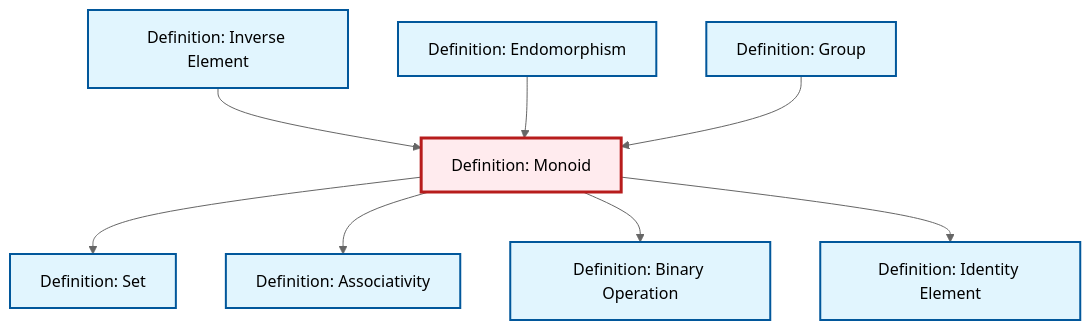
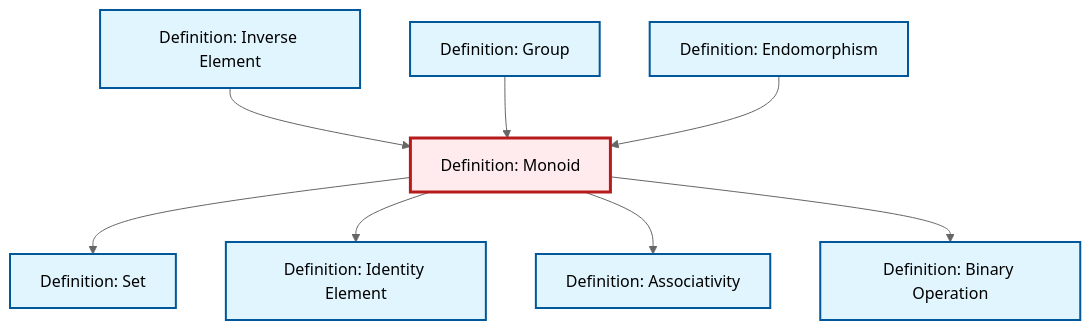
The diagram in content/en/algebra/def-monoid.qmd (RK0429/ModernMath), drawn with Mermaid (neutral theme) before and after one commit. The commit also changed other lines of this file and 1069 other files, not shown here.

````diff
--- a/content/en/algebra/def-monoid.qmd
+++ b/content/en/algebra/def-monoid.qmd
@@ -81,32 +81,32 @@
 ```{mermaid}
 %%| fig-cap: "Local dependency graph"
 graph TD
     classDef definition fill:#e1f5fe,stroke:#01579b,stroke-width:2px
     classDef theorem fill:#f3e5f5,stroke:#4a148c,stroke-width:2px
     classDef axiom fill:#fff3e0,stroke:#e65100,stroke-width:2px
     classDef example fill:#e8f5e9,stroke:#1b5e20,stroke-width:2px
     classDef current fill:#ffebee,stroke:#b71c1c,stroke-width:3px
+    def-associativity["Definition: Associativity"]:::definition
     def-set["Definition: Set"]:::definition
+    def-endomorphism["Definition: Endomorphism"]:::definition
+    def-binary-operation["Definition: Binary Operation"]:::definition
+    def-inverse-element["Definition: Inverse Element"]:::definition
+    def-identity-element["Definition: Identity Element"]:::definition
     def-monoid["Definition: Monoid"]:::definition
-    def-inverse-element["Definition: Inverse Element"]:::definition
     def-group["Definition: Group"]:::definition
-    def-binary-operation["Definition: Binary Operation"]:::definition
-    def-identity-element["Definition: Identity Element"]:::definition
-    def-endomorphism["Definition: Endomorphism"]:::definition
-    def-associativity["Definition: Associativity"]:::definition
+    def-monoid --> def-set
     def-inverse-element --> def-monoid
-    def-monoid --> def-set
+    def-group --> def-monoid
+    def-endomorphism --> def-monoid
+    def-monoid --> def-identity-element
     def-monoid --> def-associativity
-    def-endomorphism --> def-monoid
     def-monoid --> def-binary-operation
-    def-monoid --> def-identity-element
-    def-group --> def-monoid
     class def-monoid current
+    click def-associativity "def-associativity.html" "Go to Associativity definition"
     click def-set "def-set.html" "Go to Set definition"
+    click def-endomorphism "def-endomorphism.html" "Go to Endomorphism definition"
+    click def-binary-operation "def-binary-operation.html" "Go to Binary Operation definition"
     click def-inverse-element "def-inverse-element.html" "Go to Inverse Element definition"
+    click def-identity-element "def-identity-element.html" "Go to Identity Element definition"
     click def-group "def-group.html" "Go to Group definition"
-    click def-binary-operation "def-binary-operation.html" "Go to Binary Operation definition"
-    click def-identity-element "def-identity-element.html" "Go to Identity Element definition"
-    click def-endomorphism "def-endomorphism.html" "Go to Endomorphism definition"
-    click def-associativity "def-associativity.html" "Go to Associativity definition"
 ```
````
